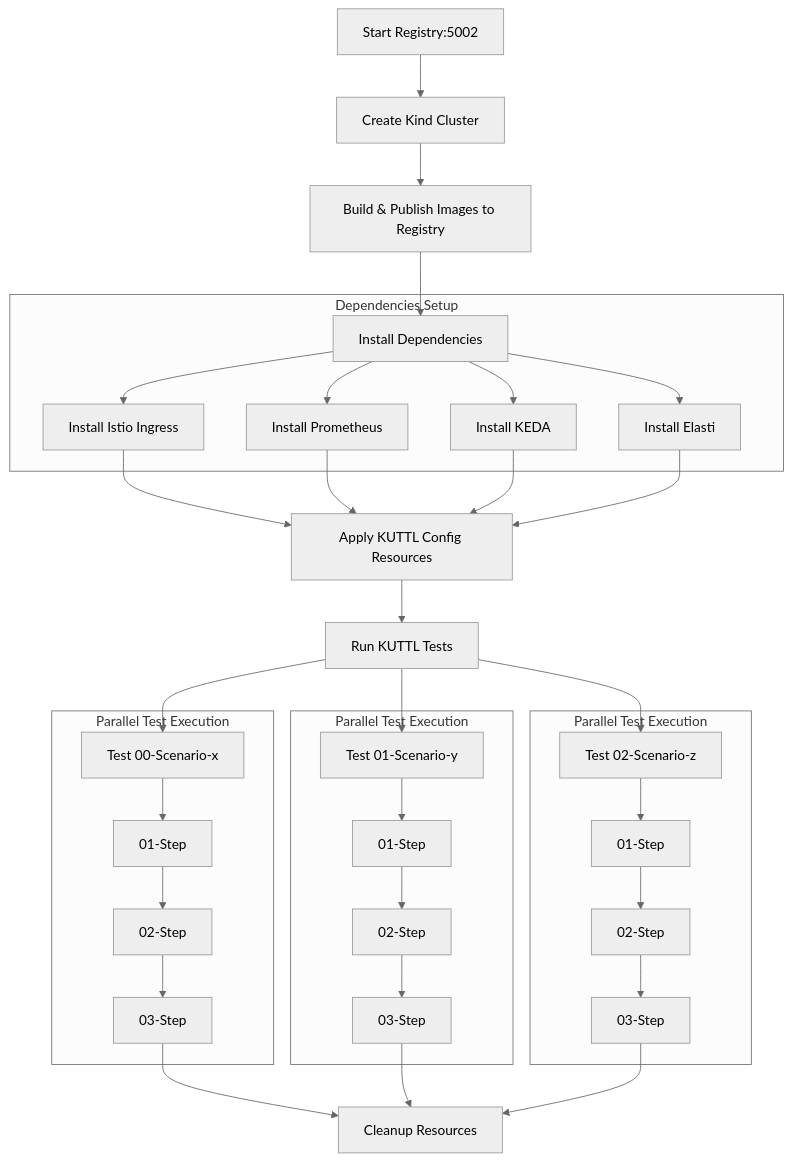
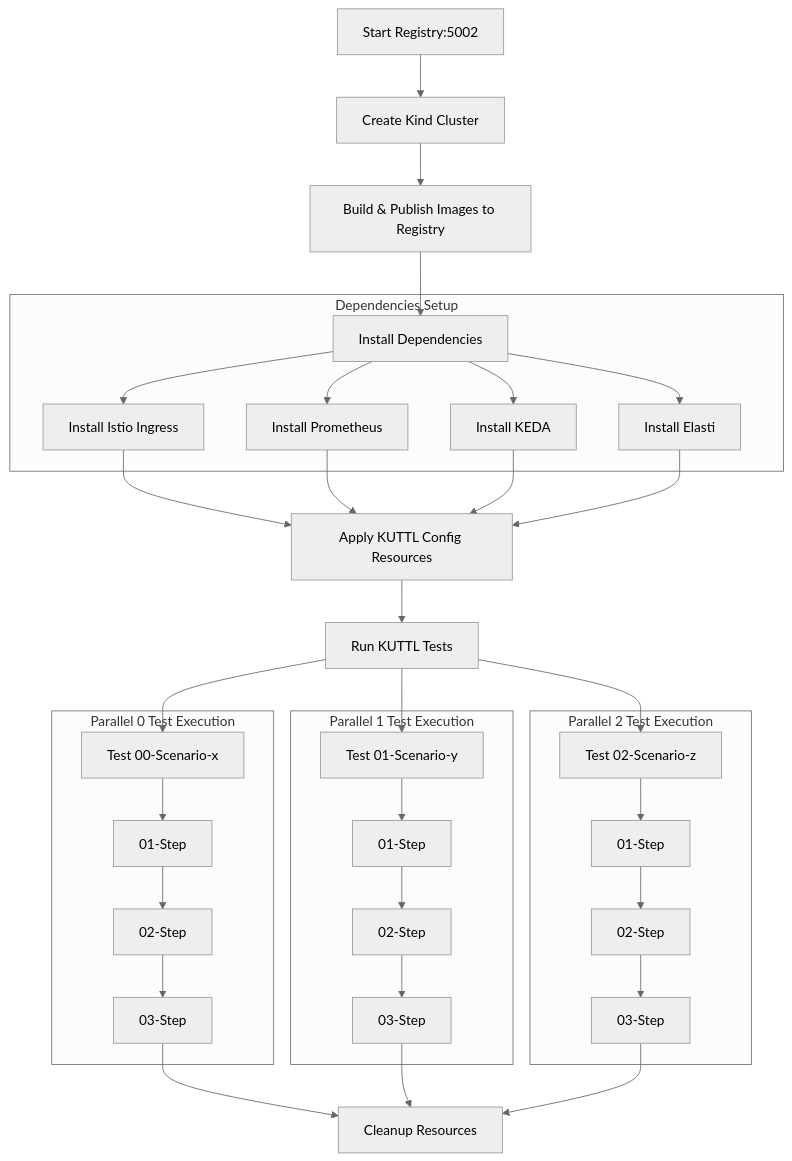
The first of 2 diagrams in docs/src/dev-test-e2e.md (truefoundry/elasti), drawn with Mermaid (neutral theme) before and after one commit. The commit also changed other lines of this file and 15 other files, not shown here.

````diff
--- a/docs/src/dev-test-e2e.md
+++ b/docs/src/dev-test-e2e.md
@@ -51,41 +51,41 @@
 ```mermaid
 graph TD
     A[Start Registry:5002] --> B[Create Kind Cluster]
     B --> C[Build & Publish Images to Registry]
     C --> D[Install Dependencies]
 
     subgraph "Dependencies Setup"
     D --> D1[Install Istio Ingress]
     D --> D2[Install Prometheus]
     D --> D3[Install KEDA]
     D --> D4[Install Elasti]
     end
 
     D1 & D2 & D3 & D4 --> E[Apply KUTTL Config Resources]
     E --> F[Run KUTTL Tests]
     F --> G1[Test 00-Scenario-x]
     F --> Ga1[Test 01-Scenario-y]
     F --> Gb1[Test 02-Scenario-z]
 
-    subgraph "Parallel Test Execution"
+    subgraph "Parallel 0 Test Execution"
     G1 --> G2[01-Step]
     G2 --> G3[02-Step]
     G3 --> G4[03-Step]
     end
 
-    subgraph "Parallel Test Execution"
+    subgraph "Parallel 1 Test Execution"
     Ga1 --> Ga2[01-Step]
     Ga2 --> Ga3[02-Step]
     Ga3 --> Ga4[03-Step]
     end
 
-    subgraph "Parallel Test Execution"
+    subgraph "Parallel 2 Test Execution"
     Gb1 --> Gb2[01-Step]
     Gb2 --> Gb3[02-Step]
     Gb3 --> Gb4[03-Step]
     end
 
     G4 --> H[Cleanup Resources]
     Ga4 --> H
     Gb4 --> H
 ```
````
